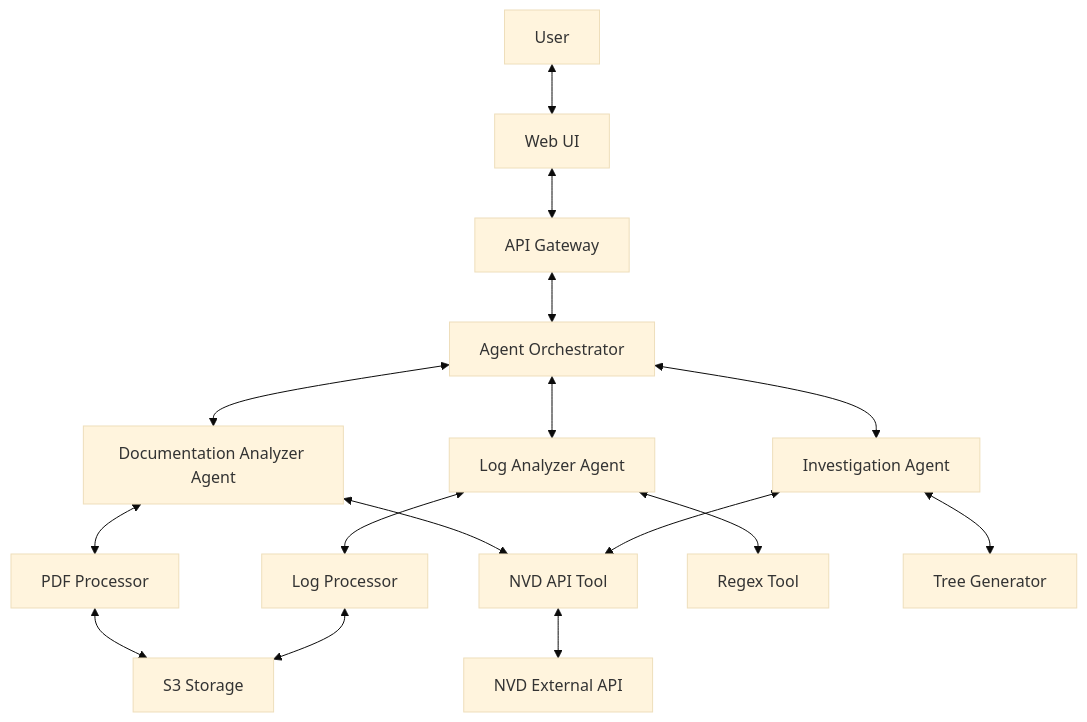
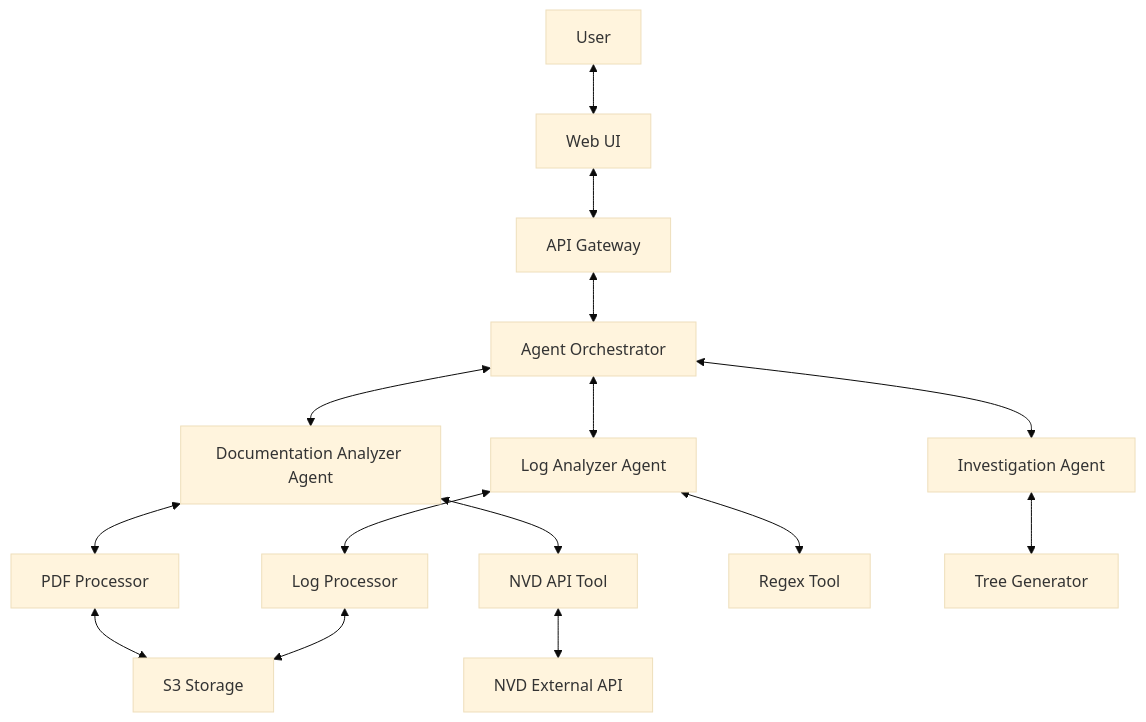
Before and after one commit to mlengineershub/sherlock: the first of 7 diagrams in project_scope.md, drawn with Mermaid (base theme).

Commit message:
Remove NVDTool connection from InvestigationAgent in project scope diagram

````diff
--- a/project_scope.md
+++ b/project_scope.md
@@ -11,18 +11,17 @@
 ```mermaid
 graph TD
     User[User] <--> UI[Web UI]
     UI <--> API[API Gateway]
     API <--> Orchestrator[Agent Orchestrator]
     Orchestrator <--> DocAnalyzer[Documentation Analyzer Agent]
     Orchestrator <--> LogAnalyzer[Log Analyzer Agent]
     Orchestrator <--> InvestigationAgent[Investigation Agent]
     DocAnalyzer <--> PDFProcessor[PDF Processor]
     DocAnalyzer <--> NVDTool[NVD API Tool]
     LogAnalyzer <--> LogProcessor[Log Processor]
     LogAnalyzer <--> RegexTool[Regex Tool]
     InvestigationAgent <--> TreeGenerator[Tree Generator]
-    InvestigationAgent <--> NVDTool
     PDFProcessor <--> S3Storage[S3 Storage]
     LogProcessor <--> S3Storage
     NVDTool <--> ExternalAPI[NVD External API]
 ```
````
